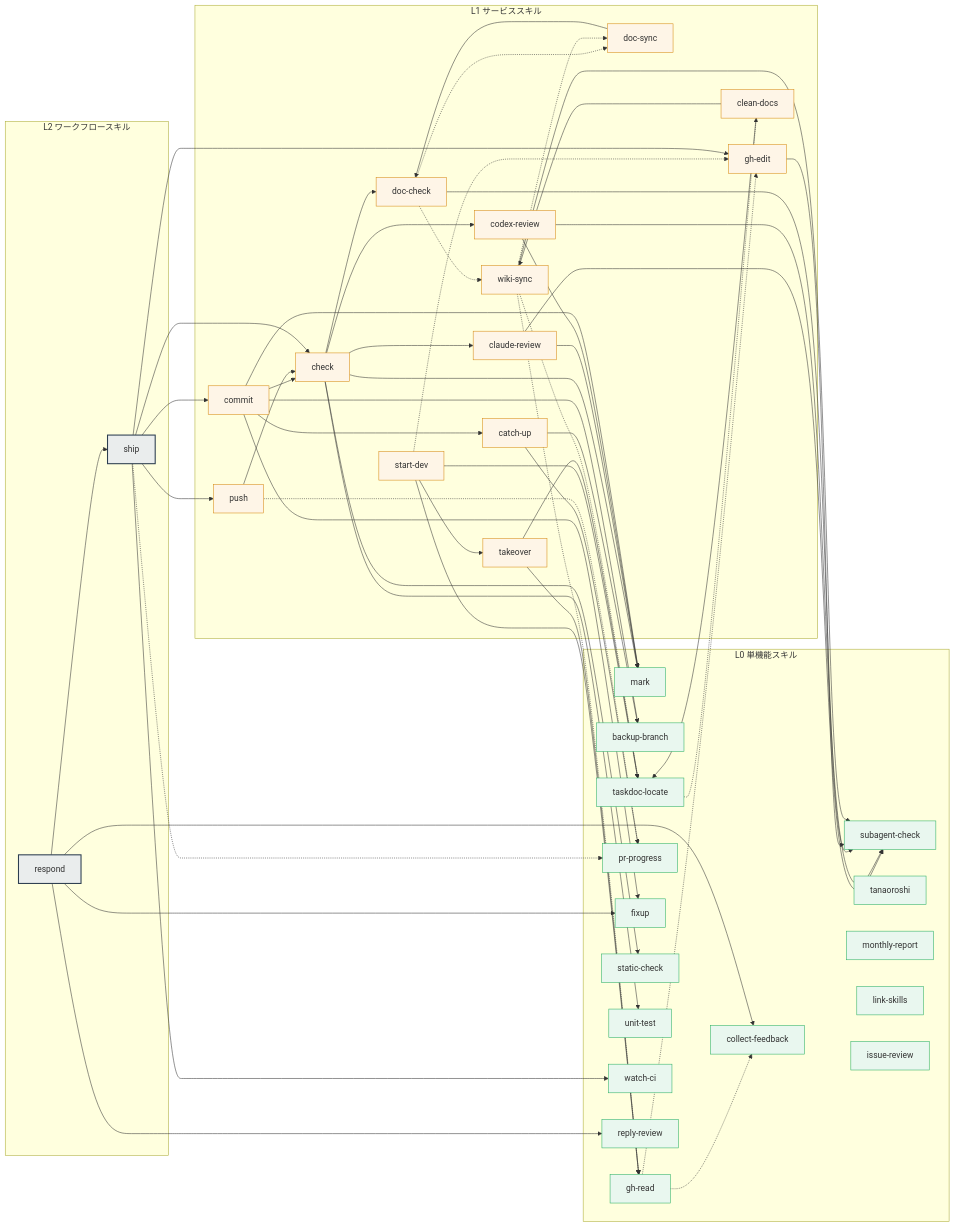
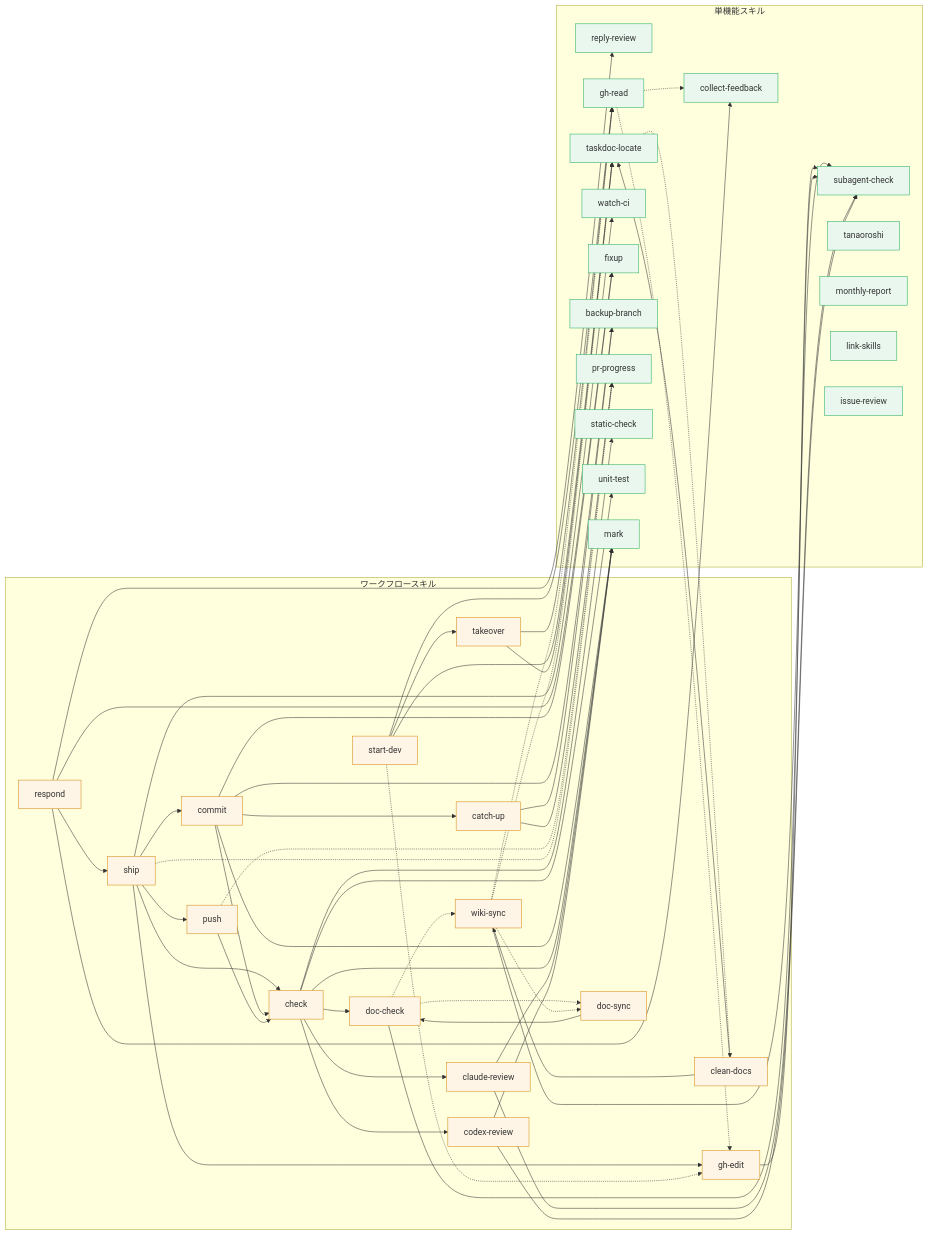
The second of 2 diagrams in README.md (mistbind3u88/bonsai), drawn with Mermaid before and after one commit. The commit also changed other lines of this file and 2 other files, not shown here.

Commit message:
docs: スキル分類を単機能/ワークフローの2層に統合
L1/L2 の境界が構造上の意味を持たないことが確認できたため、L1
（サービス）と L2（ワークフロー）を統合し、委譲の有無だけで
分類する2層モデルにする。層別の委譲制約は「委譲グラフは非循環
（DAG）」の1点に集約し、番号表記 L0/L1/L2 は廃止する。

あわせて README の依存グラフを更新し、ノード・エッジの宣言を
呼び出し元→呼び出し先のトポロジカル順に並べてレイアウトが
左→右に流れやすくする。

````diff
--- a/README.md
+++ b/README.md
@@ -83,98 +83,93 @@
 ```mermaid
 flowchart LR
-    classDef l0 fill:#e9f7ef,stroke:#27ae60;
-    classDef l1 fill:#fef5e7,stroke:#d68910;
-    classDef l2 fill:#eaeded,stroke:#2c3e50,stroke-width:2px;
+    classDef workflow fill:#fef5e7,stroke:#d68910;
+    classDef single fill:#e9f7ef,stroke:#27ae60;
 
-    subgraph L2G["L2 ワークフロースキル"]
-        ship:::l2
-        respond:::l2
+    subgraph WG["ワークフロースキル"]
+        respond:::workflow
+        doc-sync:::workflow
+        clean-docs:::workflow
+        start-dev:::workflow
+        ship:::workflow
+        wiki-sync:::workflow
+        takeover:::workflow
+        commit:::workflow
+        push:::workflow
+        gh-edit:::workflow
+        check:::workflow
+        catch-up:::workflow
+        doc-check:::workflow
+        claude-review:::workflow
+        codex-review:::workflow
     end
 
-    subgraph L1G["L1 サービススキル"]
-        check:::l1
-        commit:::l1
-        push:::l1
-        catch-up:::l1
-        doc-check:::l1
-        doc-sync:::l1
-        gh-edit:::l1
-        clean-docs:::l1
-        wiki-sync:::l1
-        codex-review:::l1
-        claude-review:::l1
-        start-dev:::l1
-        takeover:::l1
+    subgraph SG["単機能スキル"]
+        collect-feedback:::single
+        reply-review:::single
+        gh-read:::single
+        taskdoc-locate:::single
+        watch-ci:::single
+        fixup:::single
+        backup-branch:::single
+        pr-progress:::single
+        static-check:::single
+        unit-test:::single
+        mark:::single
+        subagent-check:::single
+        tanaoroshi:::single
+        monthly-report:::single
+        link-skills:::single
+        issue-review:::single
     end
 
-    subgraph L0G["L0 単機能スキル"]
-        mark:::l0
-        subagent-check:::l0
-        backup-branch:::l0
-        gh-read:::l0
-        taskdoc-locate:::l0
-        pr-progress:::l0
-        fixup:::l0
-        static-check:::l0
-        unit-test:::l0
-        tanaoroshi:::l0
-        monthly-report:::l0
-        link-skills:::l0
-        watch-ci:::l0
-        reply-review:::l0
-        issue-review:::l0
-        collect-feedback:::l0
-    end
-
-    catch-up --> backup-branch
-    catch-up --> pr-progress
+    respond --> ship
+    respond --> collect-feedback
+    respond --> fixup
+    respond --> reply-review
+    doc-sync --> doc-check
+    clean-docs --> taskdoc-locate
+    clean-docs --> wiki-sync
+    start-dev --> takeover
+    start-dev --> gh-read
+    start-dev --> taskdoc-locate
+    ship --> commit
+    ship --> check
+    ship --> push
+    ship --> gh-edit
+    ship --> watch-ci
+    wiki-sync --> subagent-check
+    takeover --> gh-read
+    takeover --> taskdoc-locate
+    commit --> check
+    commit --> fixup
+    commit --> catch-up
+    commit --> backup-branch
+    commit --> mark
+    push --> check
+    gh-edit --> subagent-check
     check --> mark
     check --> static-check
     check --> unit-test
     check --> doc-check
     check --> claude-review
     check --> codex-review
+    catch-up --> backup-branch
+    catch-up --> pr-progress
+    doc-check --> subagent-check
     claude-review --> mark
     claude-review --> subagent-check
     codex-review --> mark
     codex-review --> subagent-check
-    clean-docs --> taskdoc-locate
-    clean-docs --> wiki-sync
-    commit --> check
-    commit --> fixup
-    commit --> catch-up
-    commit --> backup-branch
-    commit --> mark
-    doc-check --> subagent-check
-    doc-sync --> doc-check
-    gh-edit --> subagent-check
-    push --> check
-    start-dev --> takeover
-    start-dev --> gh-read
-    start-dev --> taskdoc-locate
-    takeover --> gh-read
-    takeover --> taskdoc-locate
-    wiki-sync --> subagent-check
 
+    start-dev -.-> gh-edit
     doc-check -.-> doc-sync
     doc-check -.-> wiki-sync
     taskdoc-locate -.-> clean-docs
     gh-read -.-> gh-edit
     gh-read -.-> collect-feedback
-    start-dev -.-> gh-edit
     push -.-> pr-progress
     ship -.-> pr-progress
     wiki-sync -.-> gh-read
     wiki-sync -.-> taskdoc-locate
     wiki-sync -.-> doc-sync
-
-    ship --> commit
-    ship --> check
-    ship --> push
-    ship --> gh-edit
-    ship --> watch-ci
-    respond --> collect-feedback
-    respond --> fixup
-    respond --> ship
-    respond --> reply-review
 ```
````
